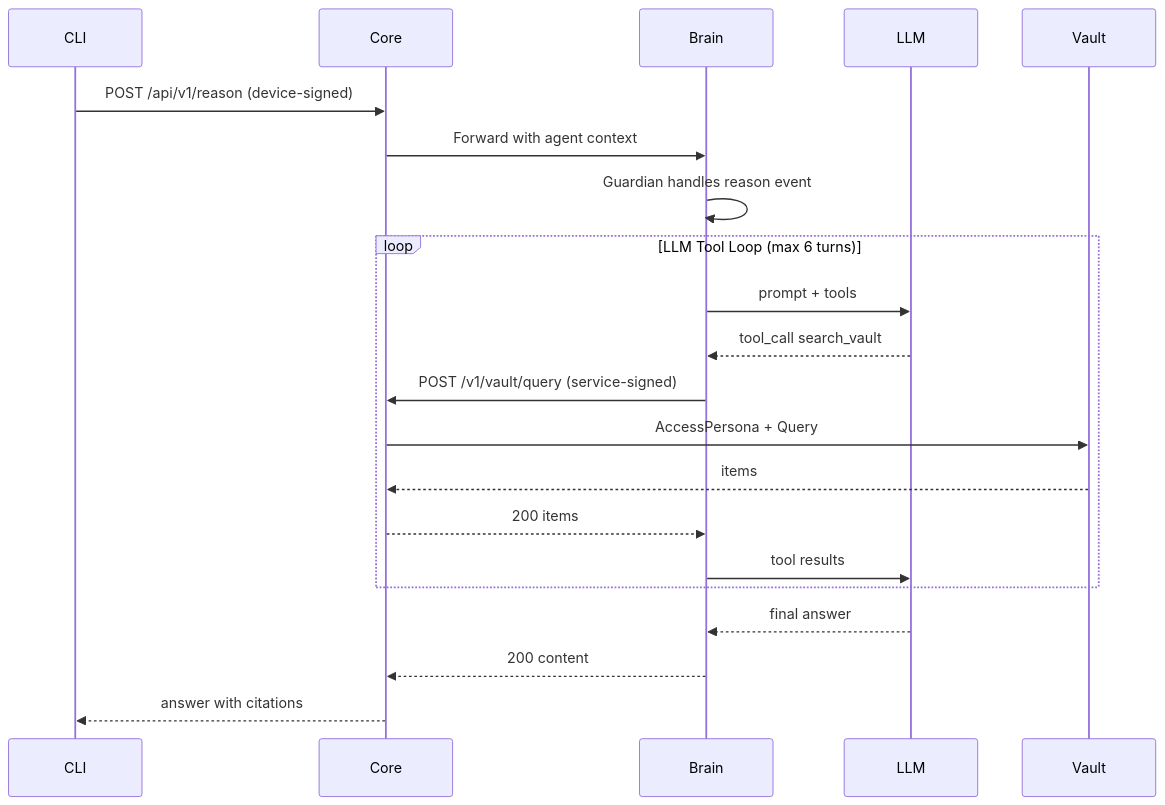
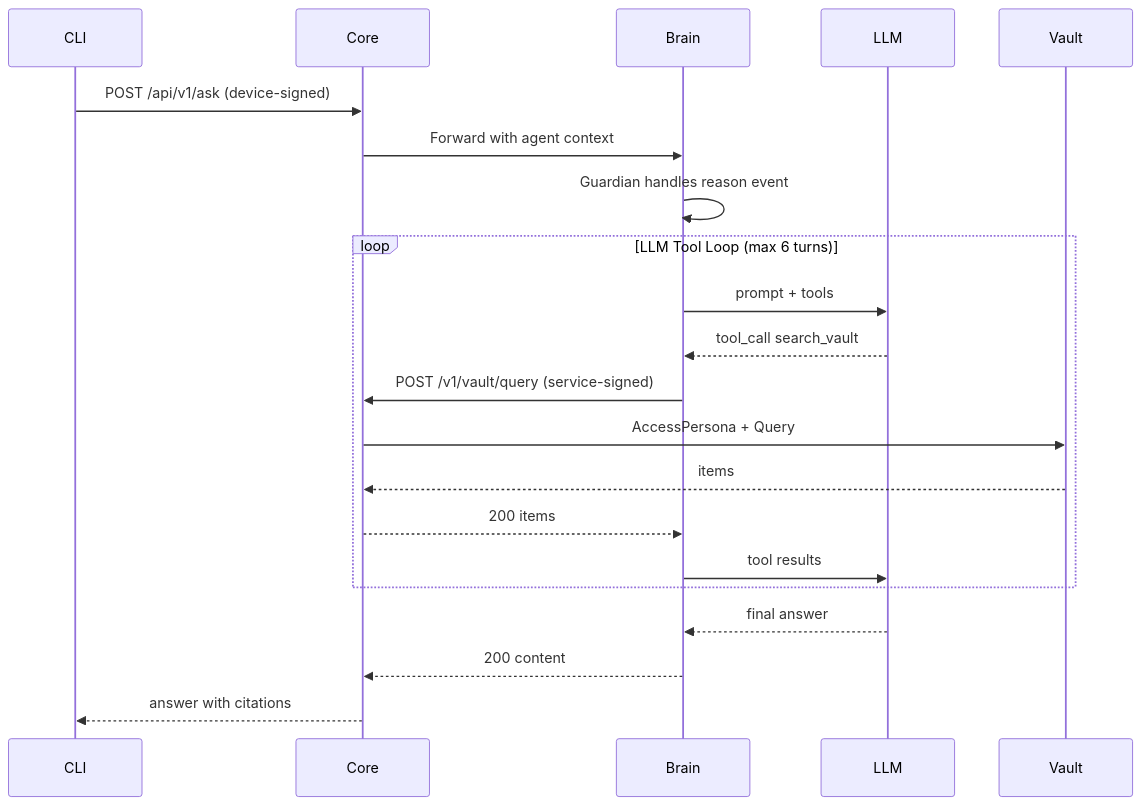
Before and after one commit to rajmohanutopai/dina: the third of 14 diagrams in docs/FLOW_DIAGRAMS.md, drawn with Mermaid. The commit also changed 20 other files, not shown here.

First line of the commit message:
Rename /api/v1/reason → /api/v1/ask, fix v1 auto-open test failures

````diff
--- a/docs/FLOW_DIAGRAMS.md
+++ b/docs/FLOW_DIAGRAMS.md
@@ -96,26 +96,26 @@
 ```mermaid
 sequenceDiagram
     participant CLI as CLI
     participant CORE as Core
     participant BRAIN as Brain
     participant LLM as LLM
     participant VAULT as Vault
 
-    CLI->>CORE: POST /api/v1/reason (device-signed)
+    CLI->>CORE: POST /api/v1/ask (device-signed)
     CORE->>BRAIN: Forward with agent context
     BRAIN->>BRAIN: Guardian handles reason event
 
     loop LLM Tool Loop (max 6 turns)
         BRAIN->>LLM: prompt + tools
         LLM-->>BRAIN: tool_call search_vault
         BRAIN->>CORE: POST /v1/vault/query (service-signed)
         CORE->>VAULT: AccessPersona + Query
         VAULT-->>CORE: items
         CORE-->>BRAIN: 200 items
         BRAIN->>LLM: tool results
     end
 
     LLM-->>BRAIN: final answer
     BRAIN-->>CORE: 200 content
     CORE-->>CLI: answer with citations
 ```
````
